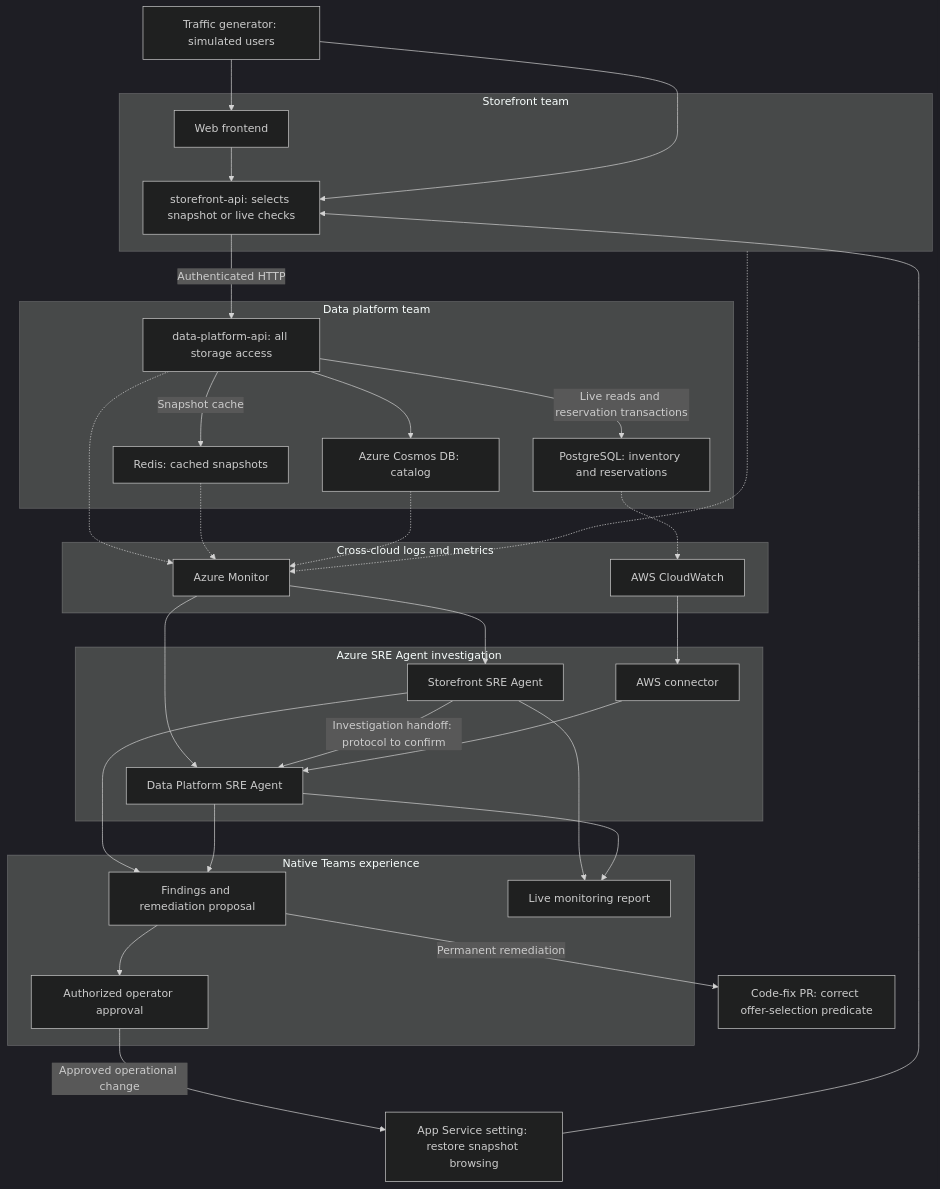
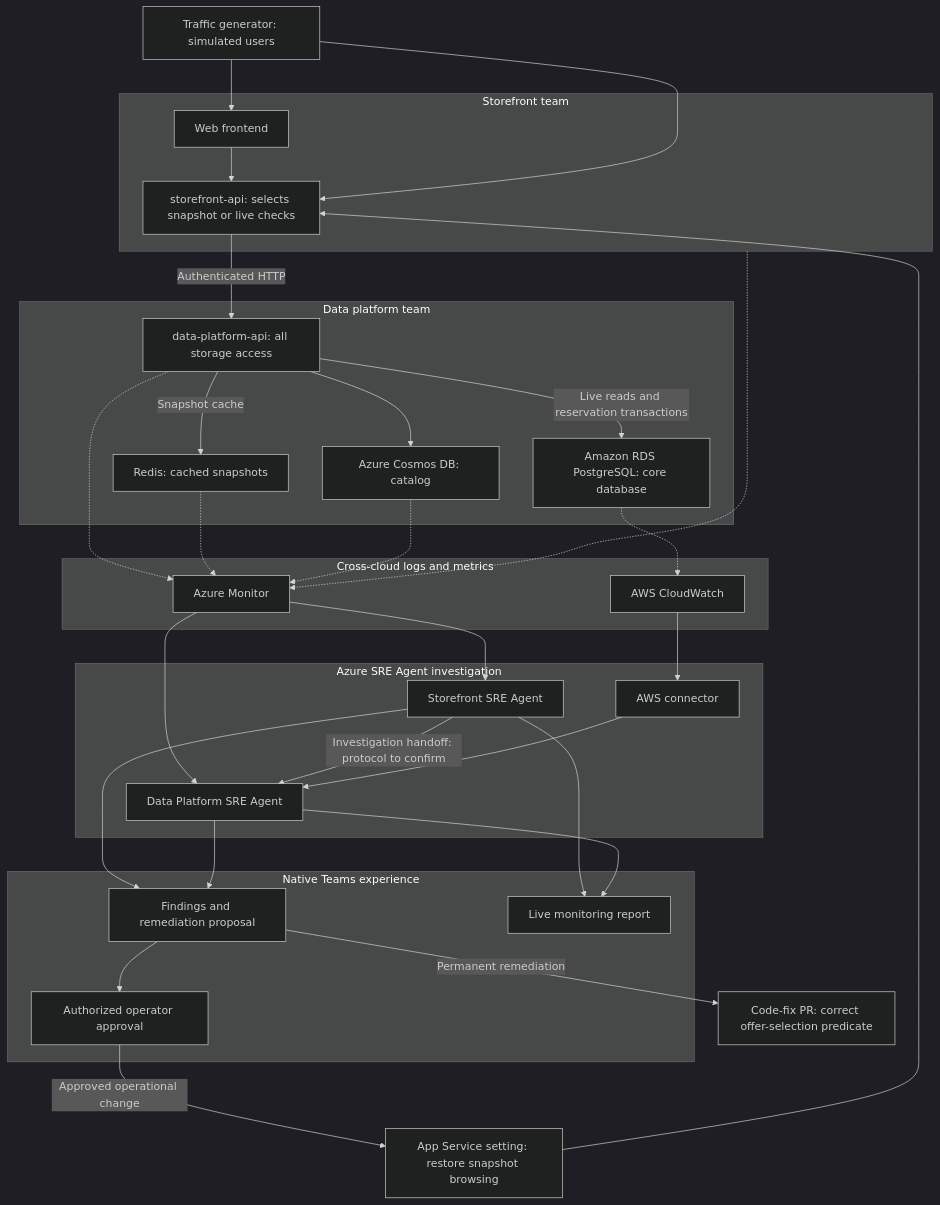
Before and after one commit to sanchitmehta/moonshot-concert: the second of 2 diagrams in README.md, drawn with Mermaid (dark theme). The commit also changed other lines of this file and 6 other files, not shown here.

First line of the commit message:
fix(data-platform): keep the RDS administrator's password sign-in, and retire Azure PostgreSQL

````diff
--- a/README.md
+++ b/README.md
@@ -365,62 +376,62 @@
 ```mermaid
 flowchart TB
     Traffic["Traffic generator: simulated users"]
 
     subgraph App["Storefront team"]
         Frontend["Web frontend"]
         Booking["storefront-api: selects snapshot or live checks"]
         Frontend --> Booking
     end
 
     subgraph Data["Data platform team"]
         API["data-platform-api: all storage access"]
         Cache["Redis: cached snapshots"]
         Catalog["Azure Cosmos DB: catalog"]
-        Inventory["PostgreSQL: inventory and reservations"]
+        Inventory["Amazon RDS PostgreSQL: core database"]
         API -->|"Snapshot cache"| Cache
         API --> Catalog
         API -->|"Live reads and reservation transactions"| Inventory
     end
 
     Traffic --> Frontend
     Traffic --> Booking
     Booking -->|"Authenticated HTTP"| API
 
     subgraph Telemetry["Cross-cloud logs and metrics"]
         Monitor["Azure Monitor"]
         CloudWatch["AWS CloudWatch"]
     end
 
     App -.-> Monitor
     API -.-> Monitor
     Cache -.-> Monitor
     Catalog -.-> Monitor
     Inventory -.-> CloudWatch
 
     subgraph Agents["Azure SRE Agent investigation"]
         ApplicationAgent["Storefront SRE Agent"]
         DataAgent["Data Platform SRE Agent"]
         AWSConnector["AWS connector"]
     end
 
     Monitor --> ApplicationAgent
     Monitor --> DataAgent
     ApplicationAgent -->|"Investigation handoff: protocol to confirm"| DataAgent
     CloudWatch --> AWSConnector
     AWSConnector --> DataAgent
 
     subgraph Teams["Native Teams experience"]
         Findings["Findings and remediation proposal"]
         Approval["Authorized operator approval"]
         Report["Live monitoring report"]
     end
 
     ApplicationAgent --> Findings
     DataAgent --> Findings
     Findings --> Approval
     Approval -->|"Approved operational change"| Setting["App Service setting: restore snapshot browsing"]
     Setting --> Booking
     Findings -->|"Permanent remediation"| CodeFix["Code-fix PR: correct offer-selection predicate"]
     ApplicationAgent --> Report
     DataAgent --> Report
 ```
````
